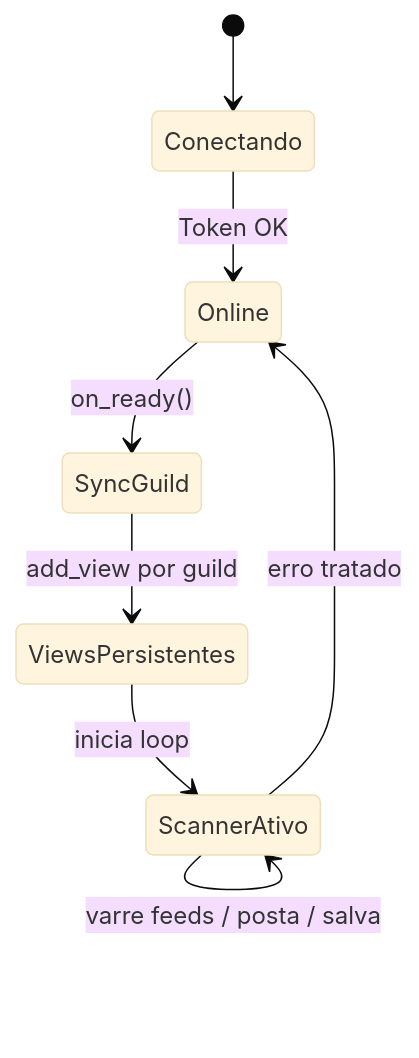
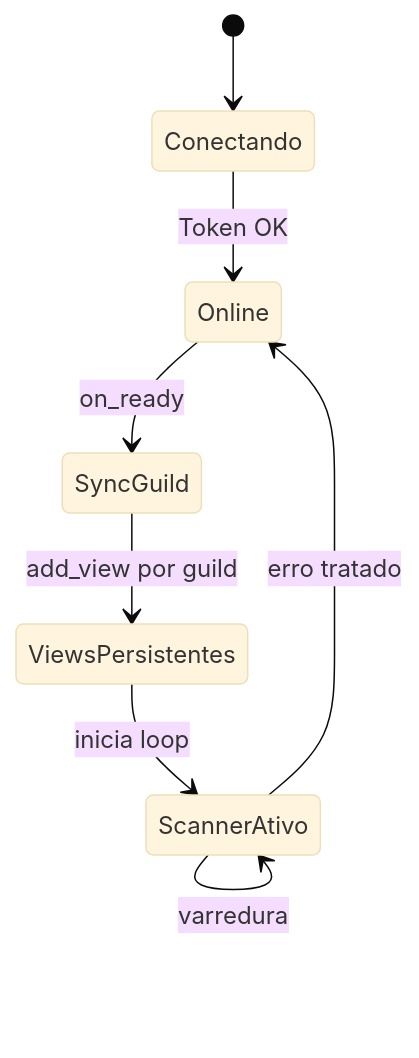
The fourth of 5 diagrams in docs/ARCHITECTURE.md (carmipa/gundam-news-discord), drawn with Mermaid (base theme) before and after one commit. The commit also changed other lines of this file and 1 other file, not shown here.

Commit message:
docs: Move architecture documentation to a dedicated file and improve README diagrams for GitHub rendering.

````diff
--- a/docs/ARCHITECTURE.md
+++ b/docs/ARCHITECTURE.md
@@ -160,10 +160,10 @@
 ```mermaid
 stateDiagram-v2
     [*] --> Conectando
     Conectando --> Online: Token OK
-    Online --> SyncGuild: on_ready()
+    Online --> SyncGuild: on_ready
     SyncGuild --> ViewsPersistentes: add_view por guild
     ViewsPersistentes --> ScannerAtivo: inicia loop
-    ScannerAtivo --> ScannerAtivo: varre feeds / posta / salva
+    ScannerAtivo --> ScannerAtivo: varredura
     ScannerAtivo --> Online: erro tratado
 ```
````
